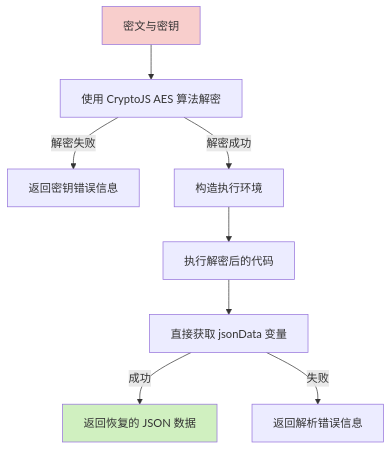
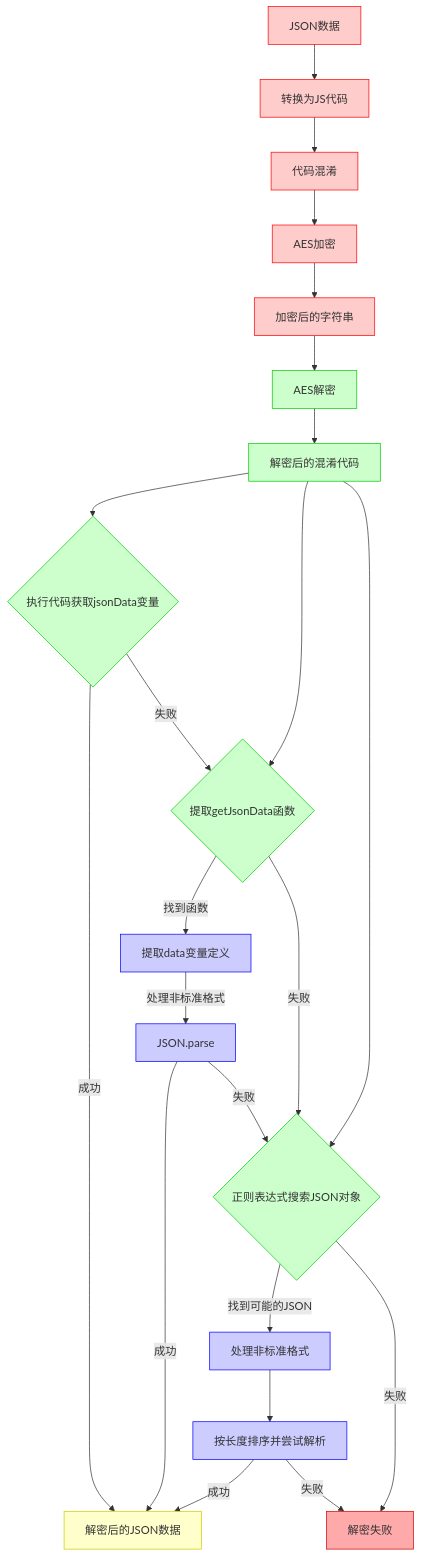
The diagram in all/未命名-42.md (yingjianzh/iodraw-files), drawn with Mermaid before and after one commit.

Commit message:
2025-04-24 18:29:14 update

````diff
--- a/all/未命名-42.md
+++ b/all/未命名-42.md
@@ -1,13 +1,48 @@
 ```mermaid
 flowchart TD
-    A[密文与密钥] --> B[使用 CryptoJS AES 算法解密]
-    B -->|解密失败| C[返回密钥错误信息]
-    B -->|解密成功| D[构造执行环境]
-    D --> E[执行解密后的代码]
-    E --> F[直接获取 jsonData 变量]
-    F -->|成功| G[返回恢复的 JSON 数据]
-    F -->|失败| H[返回解析错误信息]
+    %% 加密混淆流程
+    A[JSON数据] --> B[转换为JS代码]
+    B --> C[代码混淆]
+    C --> D[AES加密]
+    D --> E[加密后的字符串]
     
-    style A fill:#f8cecc
-    style G fill:#d0f0c0
+    %% 解密还原流程
+    E --> F[AES解密]
+    F --> G[解密后的混淆代码]
+    
+    %% 解密后的多种解析尝试
+    G --> H{执行代码获取jsonData变量}
+    G --> I{提取getJsonData函数}
+    G --> J{正则表达式搜索JSON对象}
+    
+    %% 执行代码路径
+    H -->|成功| K[解密后的JSON数据]
+    H -->|失败| I
+    
+    %% 提取函数路径
+    I -->|找到函数| L[提取data变量定义]
+    L -->|处理非标准格式| M[JSON.parse]
+    M -->|成功| K
+    I -->|失败| J
+    M -->|失败| J
+    
+    %% 正则搜索路径
+    J -->|找到可能的JSON| N[处理非标准格式]
+    N --> O[按长度排序并尝试解析]
+    O -->|成功| K
+    O -->|失败| P[解密失败]
+    J -->|失败| P
+    
+    %% 样式
+    classDef encryption fill:#ffcccc,stroke:#ff0000
+    classDef decryption fill:#ccffcc,stroke:#00cc00
+    classDef process fill:#ccccff,stroke:#0000ff
+    classDef output fill:#ffffcc,stroke:#cccc00
+    classDef error fill:#ffaaaa,stroke:#cc0000
+    
+    class A,B,C,D,E encryption
+    class F,G,H,I,J decryption
+    class L,M,N,O process
+    class K output
+    class P error
 ```
````
